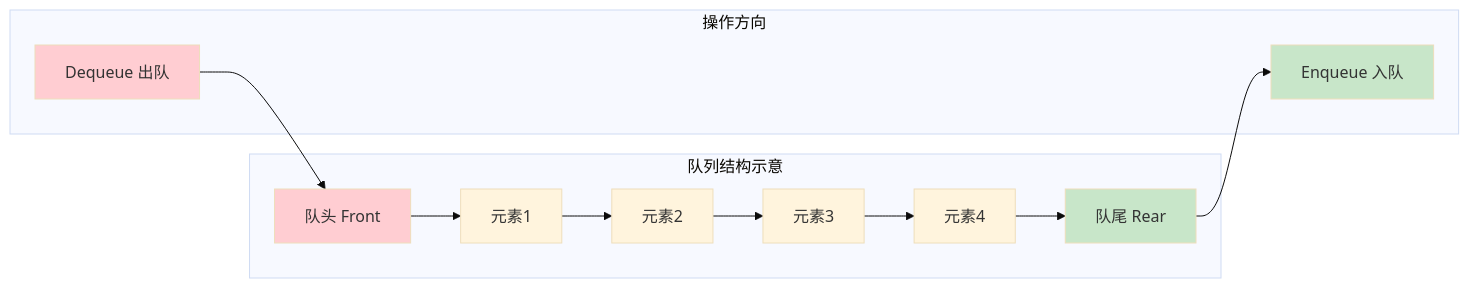
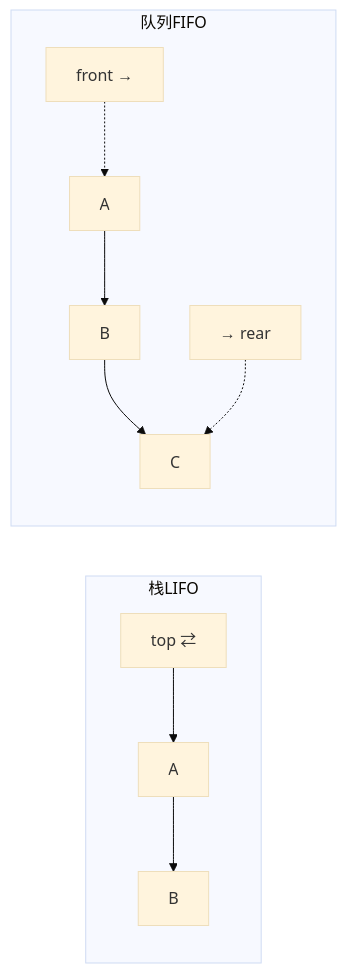
Before and after one commit to chongyang211/YCBookBlog: the first of 3 diagrams in 00.通用技术的提升/08.数据结构算法/07.队列常见操作实践.md, drawn with Mermaid (base theme). The commit also changed other lines of this file and 194 other files, not shown here.

````diff
--- a/00.通用技术的提升/08.数据结构算法/07.队列常见操作实践.md
+++ b/00.通用技术的提升/08.数据结构算法/07.队列常见操作实践.md
@@ -100,20 +78,13 @@
 ```mermaid
 graph LR
-    subgraph "队列结构示意"
-        A[队头 Front] --> B[元素1]
-        B --> C[元素2]
-        C --> D[元素3]
-        D --> E[元素4]
-        E --> F[队尾 Rear]
+    subgraph 栈LIFO
+        ST[top ⇄] --> S1[A]
+        S1 --> S2[B]
     end
-    
-    subgraph "操作方向"
-        G[Dequeue 出队] --> A
-        F --> H[Enqueue 入队]
+    subgraph 队列FIFO
+        Q1[A] --> Q2[B]
+        Q2 --> Q3[C]
+        F[front →] -.-> Q1
+        R[→ rear] -.-> Q3
     end
-    
-    style A fill:#ffcdd2
-    style F fill:#c8e6c9
-    style G fill:#ffcdd2
-    style H fill:#c8e6c9
 ```
````
